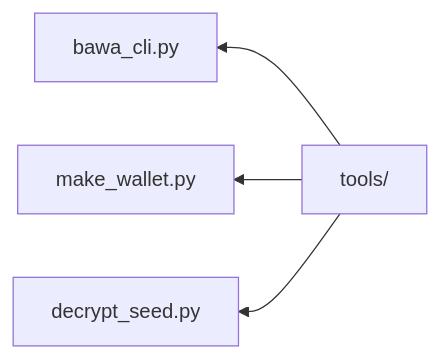
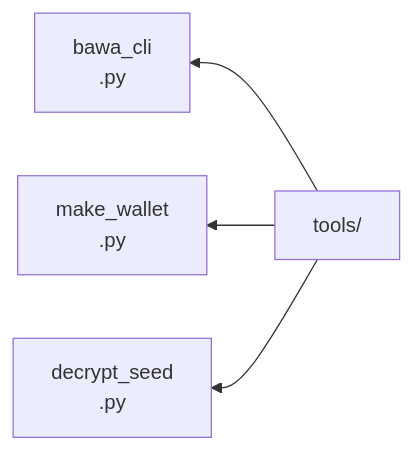
One commit to Pr3eve6ti2o/bawa changed the fifth of 9 diagrams in README.md. Above: the diagram before and after it, drawn with Mermaid.

Commit message:
Wrap D5 tools/ filename labels so the parent clears the zoom toolbar on mobile
The three child labels (bawa_cli.py, make_wallet.py, decrypt_seed.py) wrap across two lines, making the diagram taller relative to its width (360x294 in mmdc, ratio 0.82, up from 360x231). The tools/ parent node sits higher and clears GitHub bottom-right zoom/pan toolbar at 390 px. Filenames still read exactly; no node or edge changed. D1 unchanged.

````diff
--- a/README.md
+++ b/README.md
@@ -173,10 +173,10 @@
 ```mermaid
 flowchart RL
   accTitle: Bawa tools/ files at commit 667527e
   accDescr: These three files are direct children of tools/ in the overview. Its fourth direct child, hdwallet-gen/, is shown in the next diagram.
 
   tools["tools/"]
-  tools --> t1["bawa_cli.py"]
-  tools --> t2["make_wallet.py"]
-  tools --> t3["decrypt_seed.py"]
+  tools --> t1["bawa_cli<br/>.py"]
+  tools --> t2["make_wallet<br/>.py"]
+  tools --> t3["decrypt_seed<br/>.py"]
 ```
````
